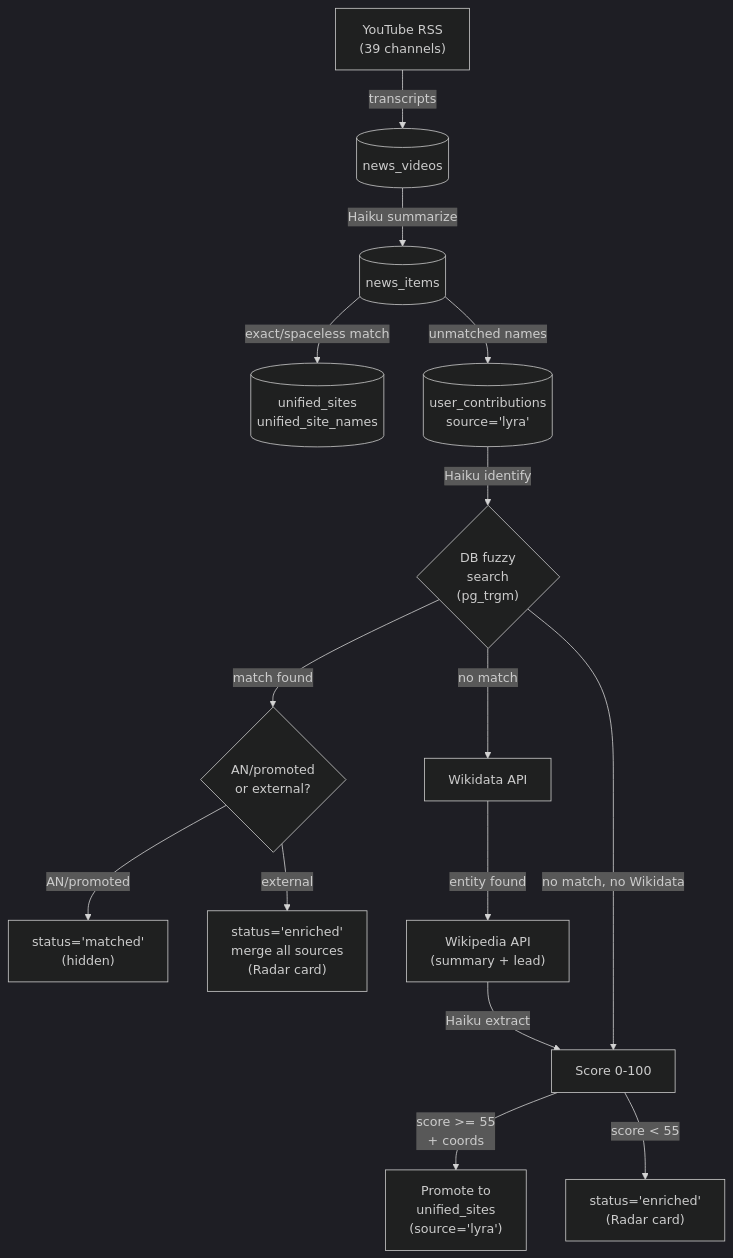
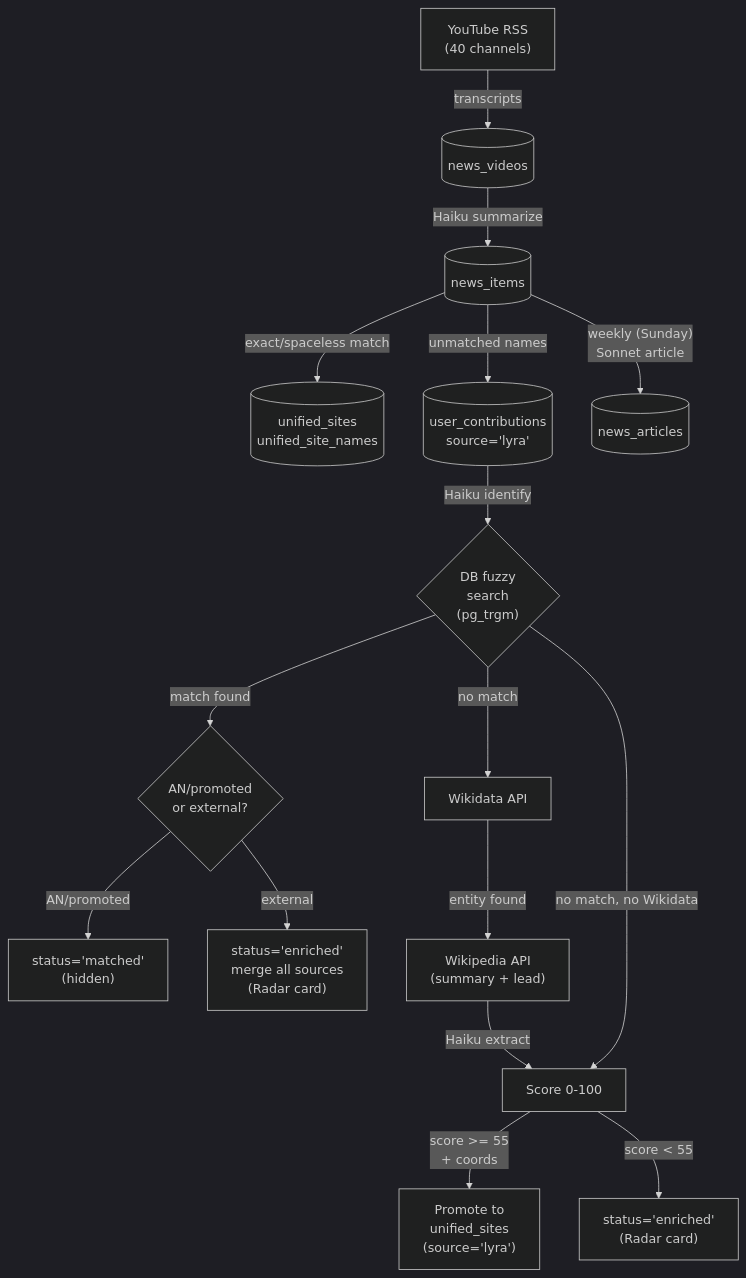
Before and after one commit to ancientnerds/AncientMap: the second of 7 diagrams in docs/lyra-pipeline.md, drawn with Mermaid (dark theme). The commit also changed other lines of this file, not shown here.

````diff
--- a/docs/lyra-pipeline.md
+++ b/docs/lyra-pipeline.md
@@ -46,21 +46,23 @@
 ```mermaid
 flowchart TD
-    YT["YouTube RSS\n(39 channels)"] -->|transcripts| NV[(news_videos)]
+    YT["YouTube RSS\n(40 channels)"] -->|transcripts| NV[(news_videos)]
     NV -->|Haiku summarize| NI[(news_items)]
     NI -->|exact/spaceless match| US[(unified_sites\nunified_site_names)]
     NI -->|unmatched names| UC[(user_contributions\nsource='lyra')]
 
     UC -->|Haiku identify| DB{"DB fuzzy\nsearch\n(pg_trgm)"}
     DB -->|match found| BRANCH{"AN/promoted\nor external?"}
     DB -->|no match| WD["Wikidata API"]
 
     BRANCH -->|AN/promoted| HIDDEN["status='matched'\n(hidden)"]
     BRANCH -->|external| ENRICHED["status='enriched'\nmerge all sources\n(Radar card)"]
 
     WD -->|entity found| WP["Wikipedia API\n(summary + lead)"]
     WP -->|Haiku extract| SCORE["Score 0-100"]
     DB -->|no match, no Wikidata| SCORE
 
     SCORE -->|"score >= 55\n+ coords"| PROMOTE["Promote to\nunified_sites\n(source='lyra')"]
     SCORE -->|"score < 55"| KEEP["status='enriched'\n(Radar card)"]
+
+    NI -->|"weekly (Sunday)\nSonnet article"| NA[(news_articles)]
 ```
````
